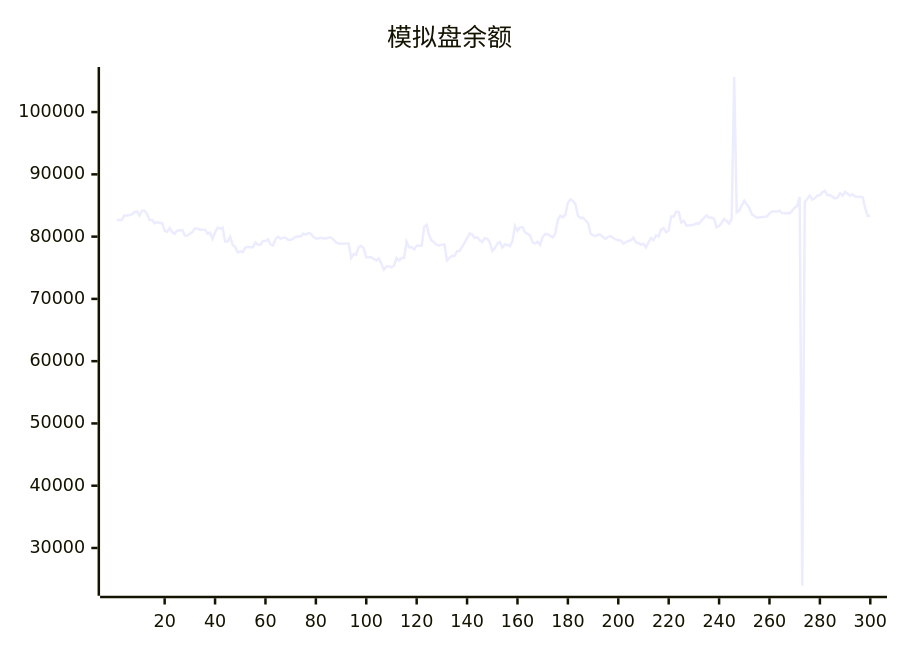
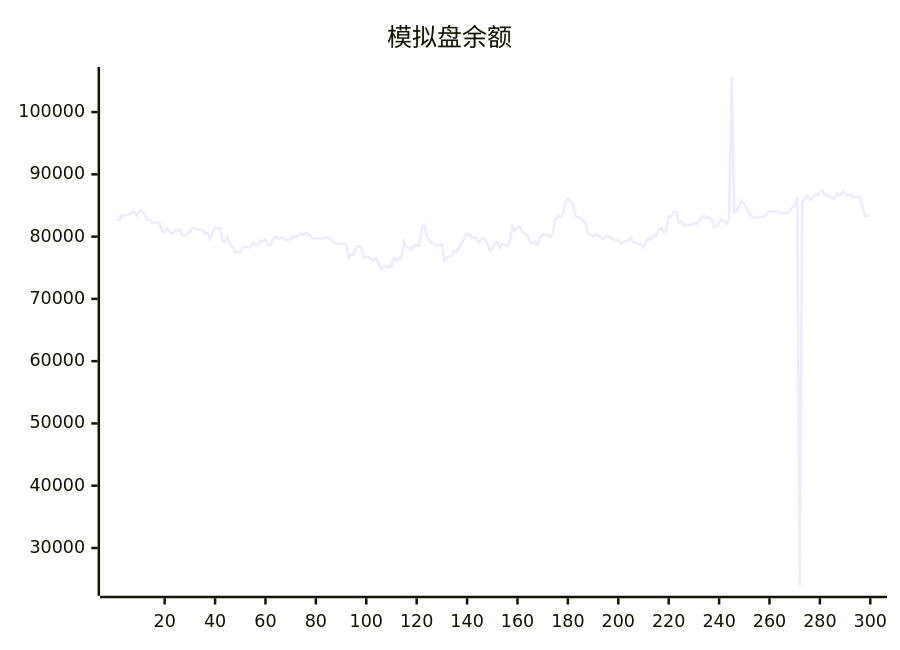
One commit to aahl/ai-trading changed the diagram in README.md. Above: the diagram before and after it, drawn with Mermaid. The commit also changed other lines of this file and 1 other file, not shown here.

````diff
--- a/README.md
+++ b/README.md
@@ -5,5 +5,5 @@
 ```mermaid
 xychart
     title "模拟盘余额"
-    line [82670,82670,82681,83386,83378,83464,83579,83920,84037,83402,84160,84142,83652,82655,82655,82145,82315,82243,82163,80934,80770,81371,80742,80468,80989,80989,81067,80191,80155,80450,80737,81309,81309,81106,81119,81119,80471,80631,79624,80670,81448,81290,81429,79212,79222,79940,78643,78380,77432,77623,77504,78235,78358,78284,78277,79048,78714,78714,79290,79308,79567,78763,78563,79603,79988,79652,79813,79813,79476,79469,79673,79995,80015,80015,80486,80314,80600,80436,79966,79689,79689,79819,79692,79692,79850,79850,79518,79071,78889,78850,78850,78878,78878,76554,77202,77103,78357,78510,78106,76678,76677,76672,76411,76159,76485,75656,74695,75197,75246,75052,75334,76564,76179,76553,76551,79196,78300,78300,77944,78531,78531,78521,81564,81884,80160,79335,79055,78675,78580,78708,78764,76179,76586,76902,76876,77658,77669,78346,79023,79769,80497,80366,79761,79896,79448,79126,79749,79658,79097,77695,78114,78888,79126,78249,78738,78653,78478,79271,81680,80923,81488,81527,80681,80455,80190,79084,78879,79193,78686,79954,80403,80374,80118,79848,80491,82665,83351,83098,83525,85430,85983,85737,85221,83378,83014,83043,82613,82216,80477,80208,80081,80348,80277,79894,79670,79965,80093,79786,79542,79406,79371,78893,79087,79304,79406,79841,79072,78978,78696,78846,78272,79085,79787,79442,80198,80031,81120,81379,80718,80985,83214,83212,83993,83921,82270,82547,81776,81776,81866,81866,82158,82061,82596,83000,83408,83041,83050,82858,81503,81691,82188,82812,82517,82092,82901,105633,83898,84180,85030,85781,85178,84604,83569,83298,83008,83093,83107,83175,83228,83729,84025,84017,84019,84177,83775,83762,83785,83738,84160,84639,84939,86370,23934,85548,86046,86599,85942,86161,86622,86664,87115,87369,86666,86685,86384,86152,86243,86969,86548,87164,86885,86566,86809,86427,86348,86417,86273,84538,83299,83369]
+    line [82670,82681,83386,83378,83464,83579,83920,84037,83402,84160,84142,83652,82655,82655,82145,82315,82243,82163,80934,80770,81371,80742,80468,80989,80989,81067,80191,80155,80450,80737,81309,81309,81106,81119,81119,80471,80631,79624,80670,81448,81290,81429,79212,79222,79940,78643,78380,77432,77623,77504,78235,78358,78284,78277,79048,78714,78714,79290,79308,79567,78763,78563,79603,79988,79652,79813,79813,79476,79469,79673,79995,80015,80015,80486,80314,80600,80436,79966,79689,79689,79819,79692,79692,79850,79850,79518,79071,78889,78850,78850,78878,78878,76554,77202,77103,78357,78510,78106,76678,76677,76672,76411,76159,76485,75656,74695,75197,75246,75052,75334,76564,76179,76553,76551,79196,78300,78300,77944,78531,78531,78521,81564,81884,80160,79335,79055,78675,78580,78708,78764,76179,76586,76902,76876,77658,77669,78346,79023,79769,80497,80366,79761,79896,79448,79126,79749,79658,79097,77695,78114,78888,79126,78249,78738,78653,78478,79271,81680,80923,81488,81527,80681,80455,80190,79084,78879,79193,78686,79954,80403,80374,80118,79848,80491,82665,83351,83098,83525,85430,85983,85737,85221,83378,83014,83043,82613,82216,80477,80208,80081,80348,80277,79894,79670,79965,80093,79786,79542,79406,79371,78893,79087,79304,79406,79841,79072,78978,78696,78846,78272,79085,79787,79442,80198,80031,81120,81379,80718,80985,83214,83212,83993,83921,82270,82547,81776,81776,81866,81866,82158,82061,82596,83000,83408,83041,83050,82858,81503,81691,82188,82812,82517,82092,82901,105633,83898,84180,85030,85781,85178,84604,83569,83298,83008,83093,83107,83175,83228,83729,84025,84017,84019,84177,83775,83762,83785,83738,84160,84639,84939,86370,23934,85548,86046,86599,85942,86161,86622,86664,87115,87369,86666,86685,86384,86152,86243,86969,86548,87164,86885,86566,86809,86427,86348,86417,86273,84538,83299,83369,83430]
 ```
````
